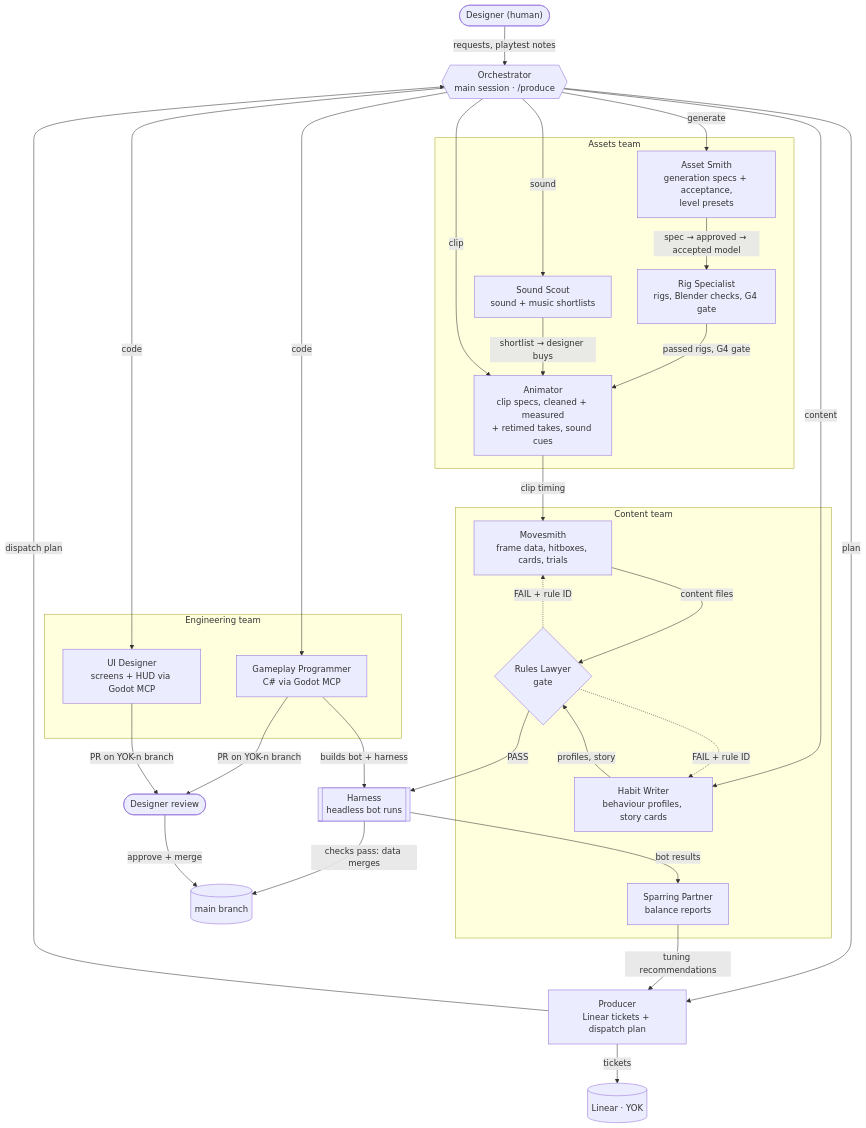
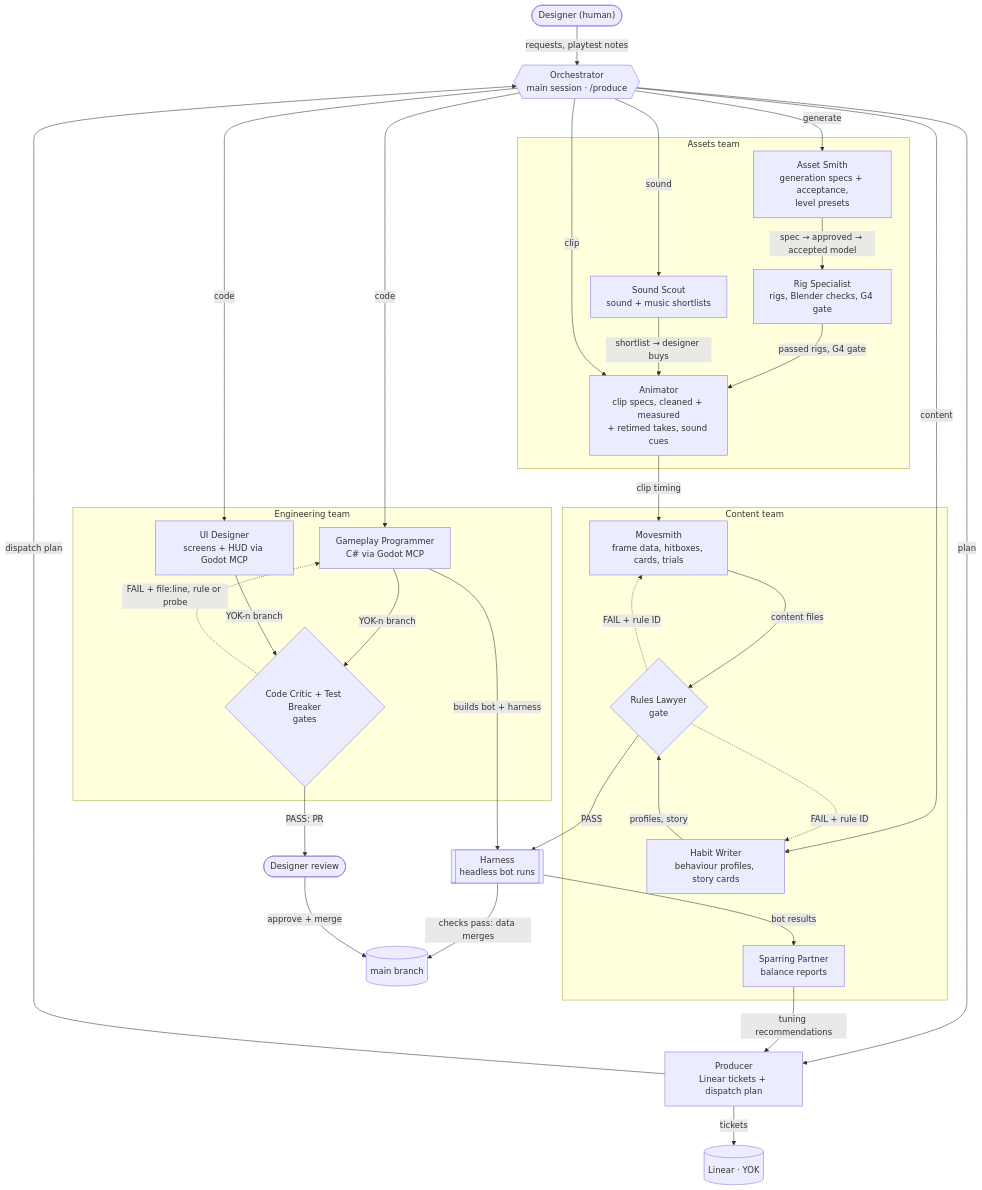
The fourth of 4 diagrams in README.md (Andreas203/yokai-fighters), drawn with Mermaid before and after one commit. The commit also changed other lines of this file and 4 other files, not shown here.

````diff
--- a/README.md
+++ b/README.md
@@ -301,61 +674,64 @@
 ```mermaid
 flowchart TD
     D(["Designer (human)"])
     O{{"Orchestrator<br/>main session · /produce"}}
     P["Producer<br/>Linear tickets + dispatch plan"]
     L[("Linear · YOK")]
 
     D -- "requests, playtest notes" --> O
     O -- "plan" --> P
     P -- "tickets" --> L
     P -- "dispatch plan" --> O
 
     subgraph ASSETS["Assets team"]
         AS["Asset Smith<br/>generation specs + acceptance,<br/>level presets"]
         RS["Rig Specialist<br/>rigs, Blender checks, G4 gate"]
         CM["Animator<br/>clip specs, cleaned + measured<br/>+ retimed takes, sound cues"]
         SS["Sound Scout<br/>sound + music shortlists"]
     end
 
     subgraph ENG["Engineering team"]
         GP["Gameplay Programmer<br/>C# via Godot MCP"]
         UI["UI Designer<br/>screens + HUD via Godot MCP"]
+        CC{"Code Critic + Test Breaker<br/>gates"}
     end
 
     subgraph CONTENT["Content team"]
         MS["Movesmith<br/>frame data, hitboxes, cards, trials"]
         HW["Habit Writer<br/>behaviour profiles, story cards"]
         RL{"Rules Lawyer<br/>gate"}
         SP["Sparring Partner<br/>balance reports"]
     end
 
     H[["Harness<br/>headless bot runs"]]
     R(["Designer review"])
     M[("main branch")]
 
     O -- "generate" --> AS
     AS -- "spec → approved → accepted model" --> RS
     RS -- "passed rigs, G4 gate" --> CM
     O -- "sound" --> SS
     SS -- "shortlist → designer buys" --> CM
 
     O -- "clip" --> CM
     CM -- "clip timing" --> MS
     O -- "content" --> HW
     MS -- "content files" --> RL
     HW -- "profiles, story" --> RL
     RL -. "FAIL + rule ID" .-> MS
     RL -. "FAIL + rule ID" .-> HW
     RL -- "PASS" --> H
     H -- "checks pass: data merges" --> M
 
     O -- "code" --> GP
     O -- "code" --> UI
     GP -- "builds bot + harness" --> H
-    GP -- "PR on YOK-n branch" --> R
-    UI -- "PR on YOK-n branch" --> R
+    GP -- "YOK-n branch" --> CC
+    UI -- "YOK-n branch" --> CC
+    CC -. "FAIL + file:line, rule or probe" .-> GP
+    CC -- "PASS: PR" --> R
     R -- "approve + merge" --> M
 
     H -- "bot results" --> SP
     SP -- "tuning recommendations" --> P
 ```
````
